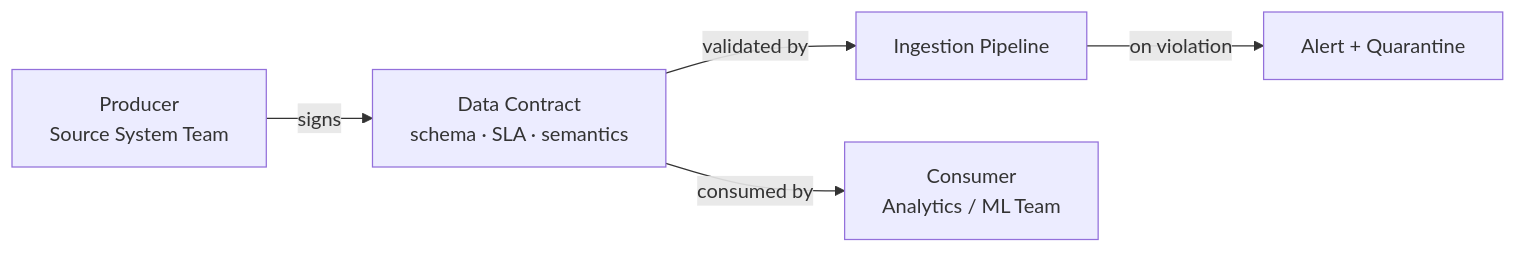
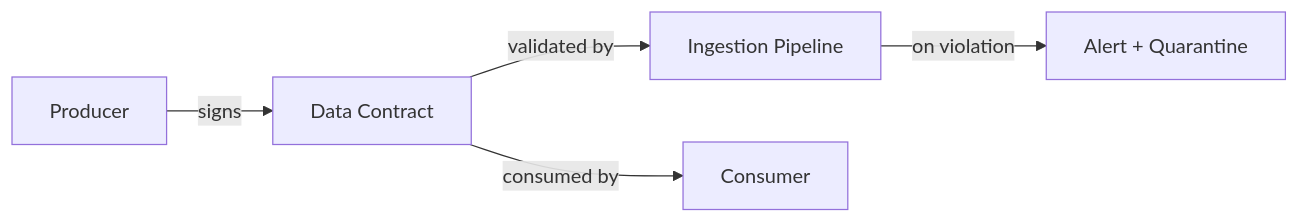
Before and after one commit to gcmishra7/data-engineering-helper: the diagram in 00-foundations/05-data-contracts.md, drawn with Mermaid. The commit also changed other lines of this file and 57 other files, not shown here.

First line of the commit message:
Shorten mermaid node labels to fix text truncation on GitHub

````diff
--- a/00-foundations/05-data-contracts.md
+++ b/00-foundations/05-data-contracts.md
@@ -15,7 +15,7 @@
 ```mermaid
 graph LR
-    P[Producer<br/>Source System Team] -->|signs| C[Data Contract<br/>schema · SLA · semantics]
+    P[Producer] -->|signs| C[Data Contract]
     C -->|validated by| I[Ingestion Pipeline]
     I -->|on violation| A[Alert + Quarantine]
-    C -->|consumed by| D[Consumer<br/>Analytics / ML Team]
+    C -->|consumed by| D[Consumer]
 ```
````
